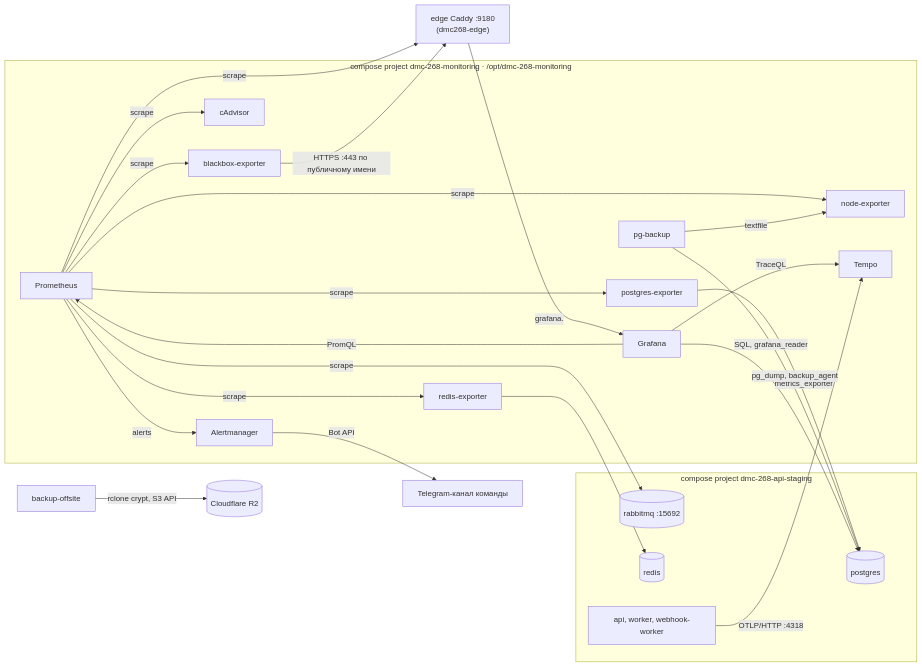
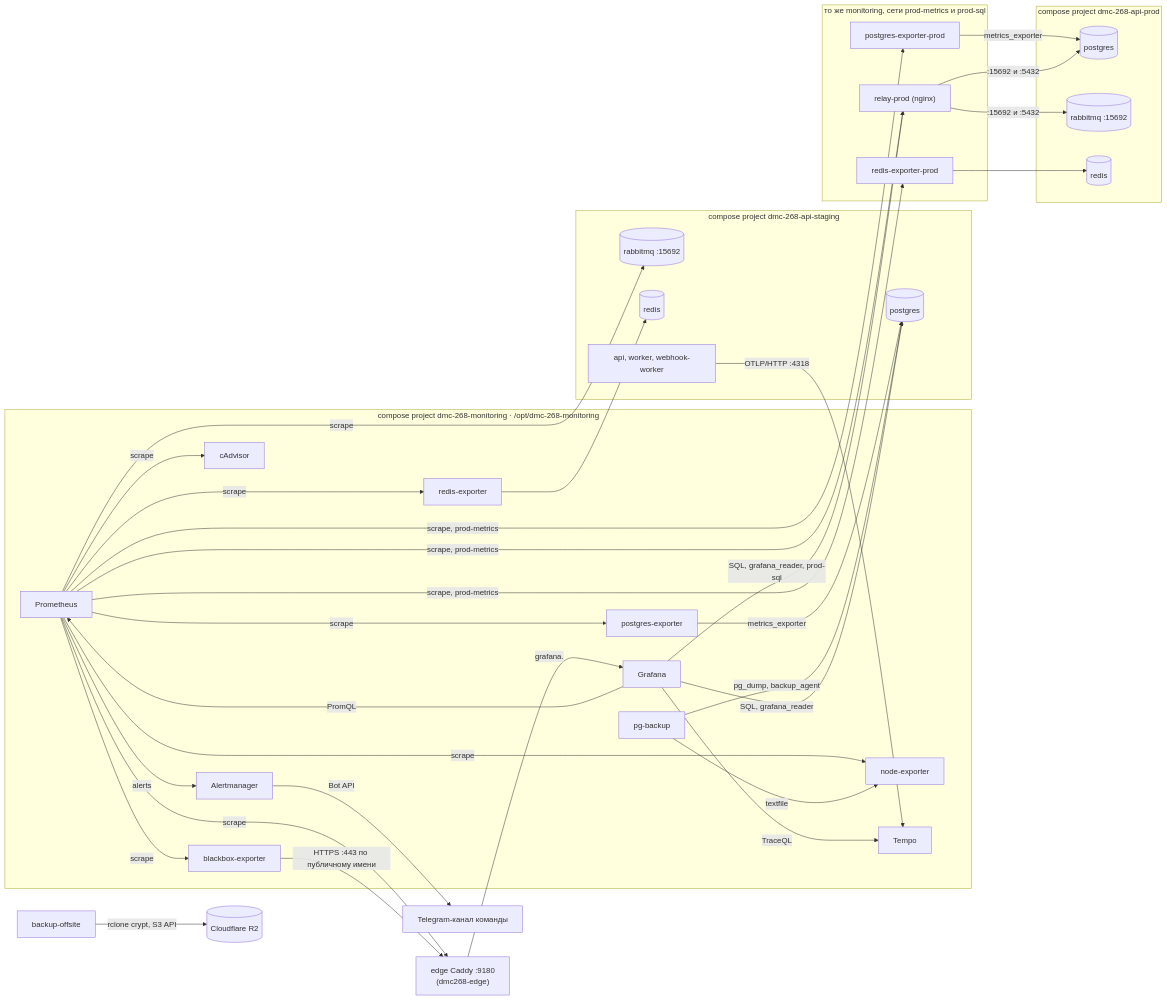
Before and after one commit to larchanka-training/dmc-268-api-t6: the diagram in docs/MONITORING.md, drawn with Mermaid. The commit also changed other lines of this file and 19 other files, not shown here.

First line of the commit message:
feat(monitoring): watch prod beside staging by environment (#308) (#423)

````diff
--- a/docs/MONITORING.md
+++ b/docs/MONITORING.md
@@ -7,36 +7,51 @@
 ```mermaid
 flowchart LR
   subgraph mon["compose project dmc-268-monitoring · /opt/dmc-268-monitoring"]
     prom[Prometheus]
     am[Alertmanager]
     graf[Grafana]
     node[node-exporter]
     cadv[cAdvisor]
     pgx[postgres-exporter]
     rx[redis-exporter]
     bbx[blackbox-exporter]
     bk[pg-backup]
     tempo[Tempo]
   end
   subgraph app["compose project dmc-268-api-staging"]
     pg[(postgres)]
     mq[(rabbitmq :15692)]
     redis[(redis)]
     apps["api, worker, webhook-worker"]
   end
+  subgraph prodapp["compose project dmc-268-api-prod"]
+    pgp[(postgres)]
+    mqp[(rabbitmq :15692)]
+    redisp[(redis)]
+  end
+  subgraph prodmon["то же monitoring, сети prod-metrics и prod-sql"]
+    pgxp[postgres-exporter-prod]
+    rxp[redis-exporter-prod]
+    relay["relay-prod (nginx)"]
+  end
   caddy["edge Caddy :9180\n(dmc268-edge)"]
   prom -->|scrape| node & cadv & pgx & rx & mq & caddy & bbx
+  prom -->|"scrape, prod-metrics"| pgxp & rxp & relay
+  pgxp -->|metrics_exporter| pgp
+  rxp --> redisp
+  relay -->|":15692 и :5432"| mqp & pgp
+  graf -->|"SQL, grafana_reader, prod-sql"| relay
   bbx -->|"HTTPS :443 по публичному имени"| caddy
   pgx -->|metrics_exporter| pg
   bk -->|"pg_dump, backup_agent"| pg
   bk -->|textfile| node
   off[backup-offsite] -->|"rclone crypt, S3 API"| r2[("Cloudflare R2")]
   rx --> redis
   graf -->|PromQL| prom
   apps -->|"OTLP/HTTP :4318"| tempo
   graf -->|TraceQL| tempo
   graf -->|"SQL, grafana_reader"| pg
   prom -->|alerts| am
   am -->|Bot API| tg["Telegram-канал команды"]
   caddy -->|"grafana.<APP_DOMAIN>"| graf
 ```
````
